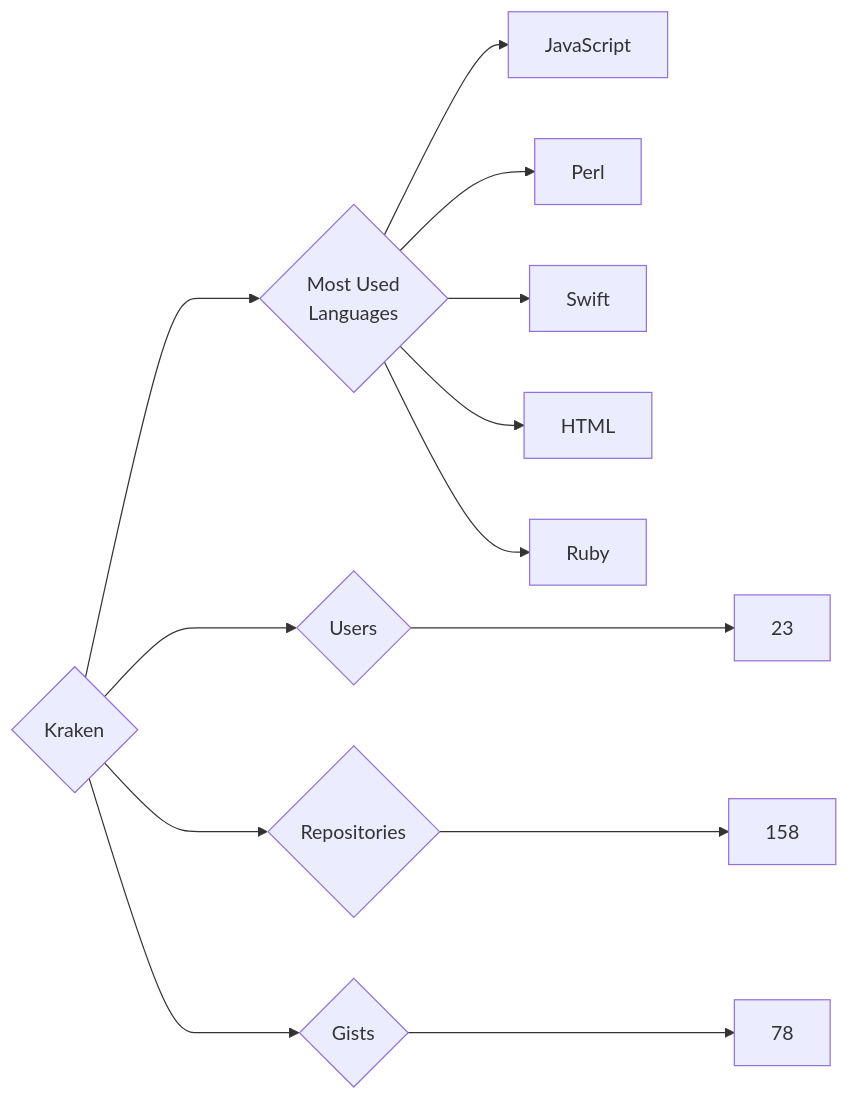
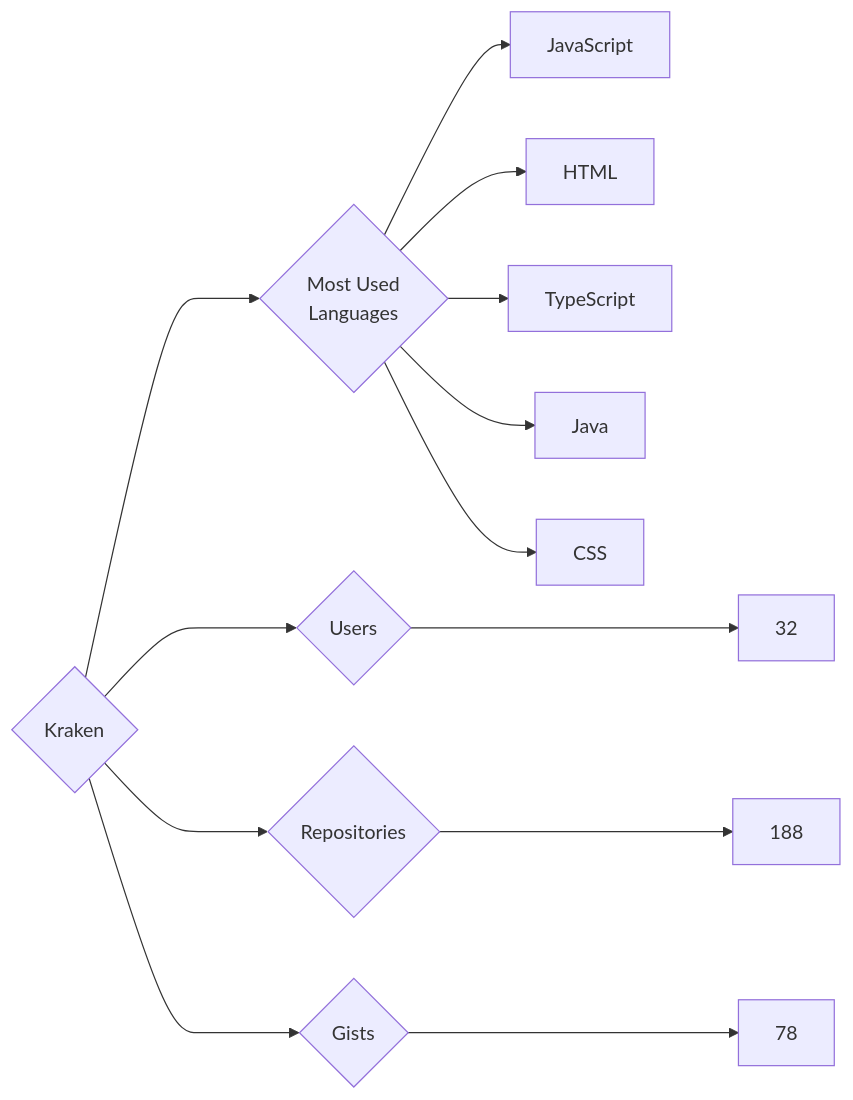
The diagram in targets/Kraken/README.md (trickest/insiders), drawn with Mermaid before and after one commit. The commit also changed 757 other files, not shown here.

````diff
--- a/targets/Kraken/README.md
+++ b/targets/Kraken/README.md
@@ -3,13 +3,13 @@
 ```mermaid
 graph LR
 COMPANY_NAME{Kraken}
-COMPANY_NAME ---> U{Users} ---> UN[23]
-COMPANY_NAME ---> R{Repositories} ---> RN[158]
+COMPANY_NAME ---> U{Users} ---> UN[32]
+COMPANY_NAME ---> R{Repositories} ---> RN[188]
 COMPANY_NAME ---> G{Gists} ---> GN[78]
 COMPANY_NAME ---> ML{Most Used<br>Languages}
 ML --> JavaScript[JavaScript]
-ML --> Perl[Perl]
-ML --> Swift[Swift]
 ML --> HTML[HTML]
-ML --> Ruby[Ruby]
+ML --> TypeScript[TypeScript]
+ML --> Java[Java]
+ML --> CSS[CSS]
 ```
````
